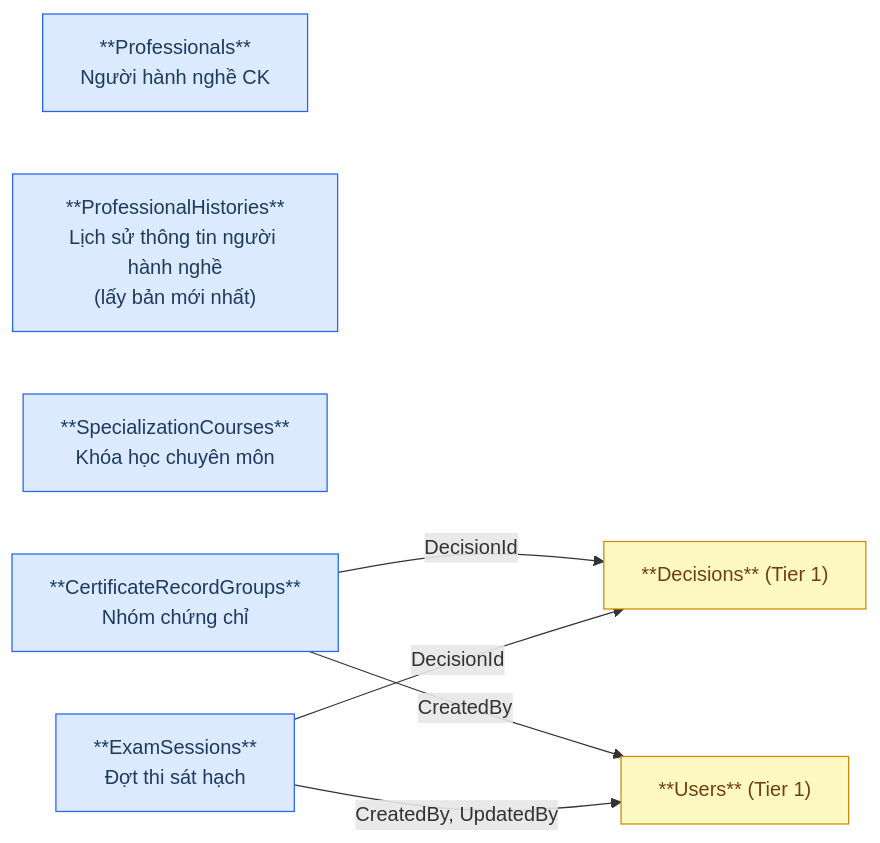
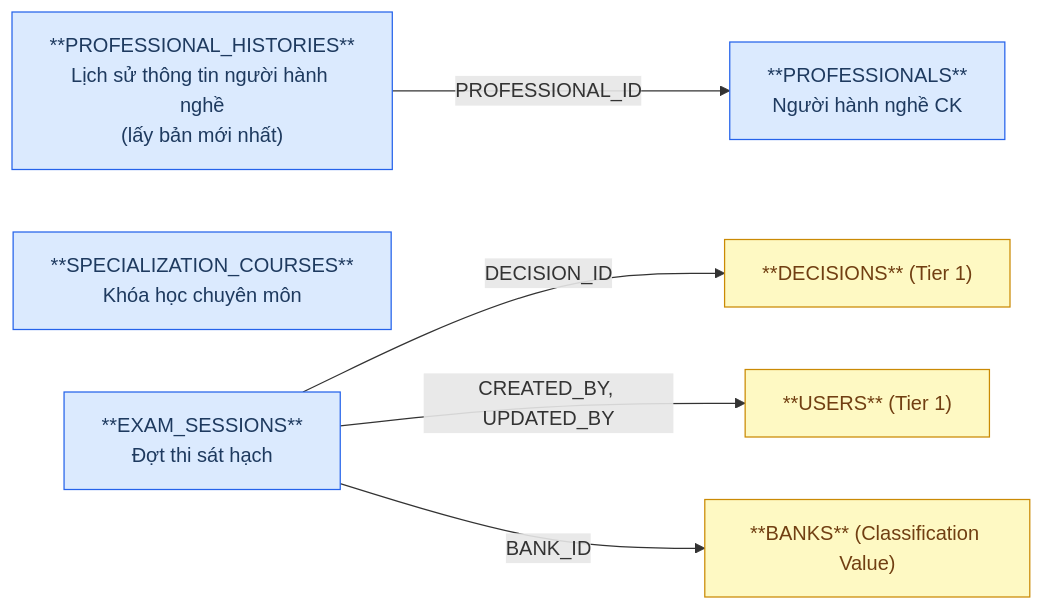
One commit to linhlvit/ubck_atomic_design changed the first of 2 diagrams in Atomic/hld/NHNCK_HLD_Tier2.md. Above: the diagram before and after it, drawn with Mermaid. The commit also changed other lines of this file and 471 other files, not shown here.

````diff
--- a/Atomic/hld/NHNCK_HLD_Tier2.md
+++ b/Atomic/hld/NHNCK_HLD_Tier2.md
@@ -22,19 +21,19 @@
 ```mermaid
 graph LR
     classDef src fill:#dbeafe,stroke:#2563eb,color:#1e3a5f
     classDef outscope fill:#fef9c3,stroke:#ca8a04,color:#713f12
 
-    Professionals["**Professionals**\nNgười hành nghề CK"]:::src
-    ProfessionalHistories["**ProfessionalHistories**\nLịch sử thông tin người hành nghề\n(lấy bản mới nhất)"]:::src
-    SpecializationCourses["**SpecializationCourses**\nKhóa học chuyên môn"]:::src
-    CertificateRecordGroups["**CertificateRecordGroups**\nNhóm chứng chỉ"]:::src
-    ExamSessions["**ExamSessions**\nĐợt thi sát hạch"]:::src
+    PROFESSIONALS["**PROFESSIONALS**\nNgười hành nghề CK"]:::src
+    PROFESSIONAL_HISTORIES["**PROFESSIONAL_HISTORIES**\nLịch sử thông tin người hành nghề\n(lấy bản mới nhất)"]:::src
+    SPECIALIZATION_COURSES["**SPECIALIZATION_COURSES**\nKhóa học chuyên môn"]:::src
+    EXAM_SESSIONS["**EXAM_SESSIONS**\nĐợt thi sát hạch"]:::src
 
-    Decisions["**Decisions** (Tier 1)"]:::outscope
-    Users["**Users** (Tier 1)"]:::outscope
+    DECISIONS["**DECISIONS** (Tier 1)"]:::outscope
+    USERS["**USERS** (Tier 1)"]:::outscope
+    BANKS["**BANKS** (Classification Value)"]:::outscope
 
-    CertificateRecordGroups -->|"DecisionId"| Decisions
-    CertificateRecordGroups -->|"CreatedBy"| Users
-    ExamSessions -->|"DecisionId"| Decisions
-    ExamSessions -->|"CreatedBy, UpdatedBy"| Users
+    PROFESSIONAL_HISTORIES -->|"PROFESSIONAL_ID"| PROFESSIONALS
+    EXAM_SESSIONS -->|"DECISION_ID"| DECISIONS
+    EXAM_SESSIONS -->|"CREATED_BY, UPDATED_BY"| USERS
+    EXAM_SESSIONS -->|"BANK_ID"| BANKS
 ```
````
